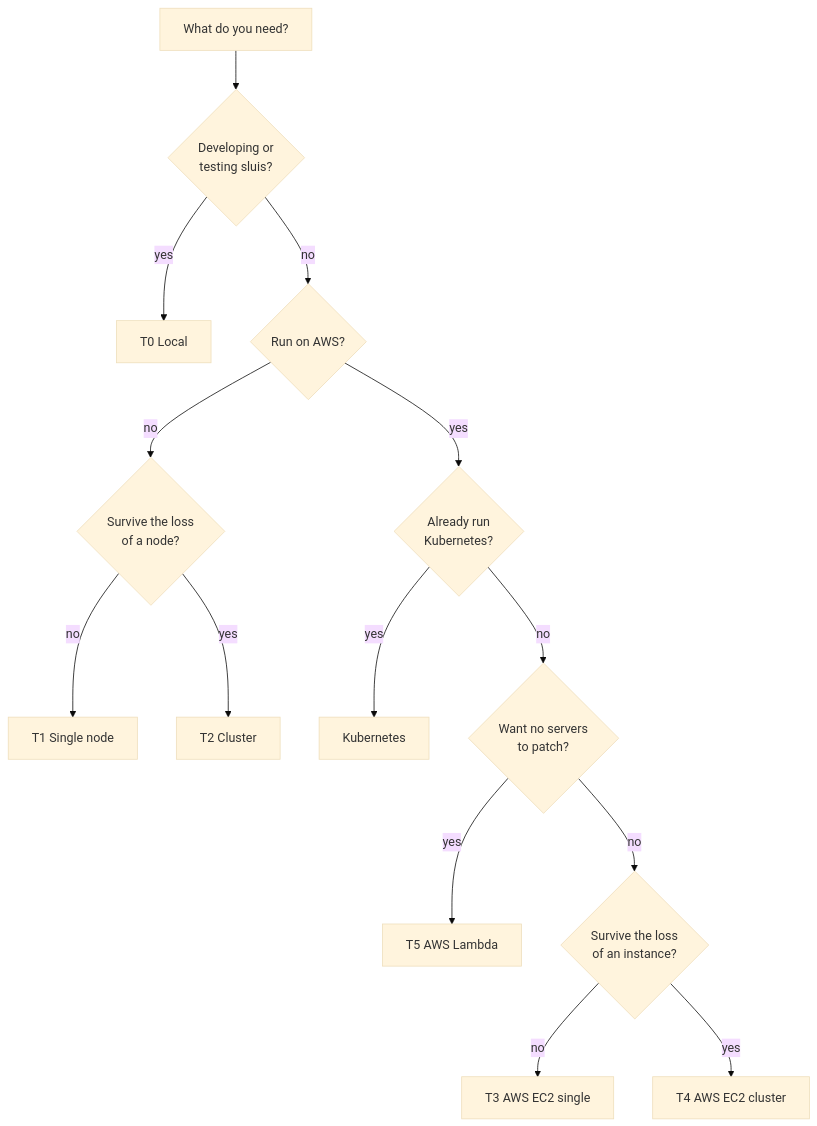
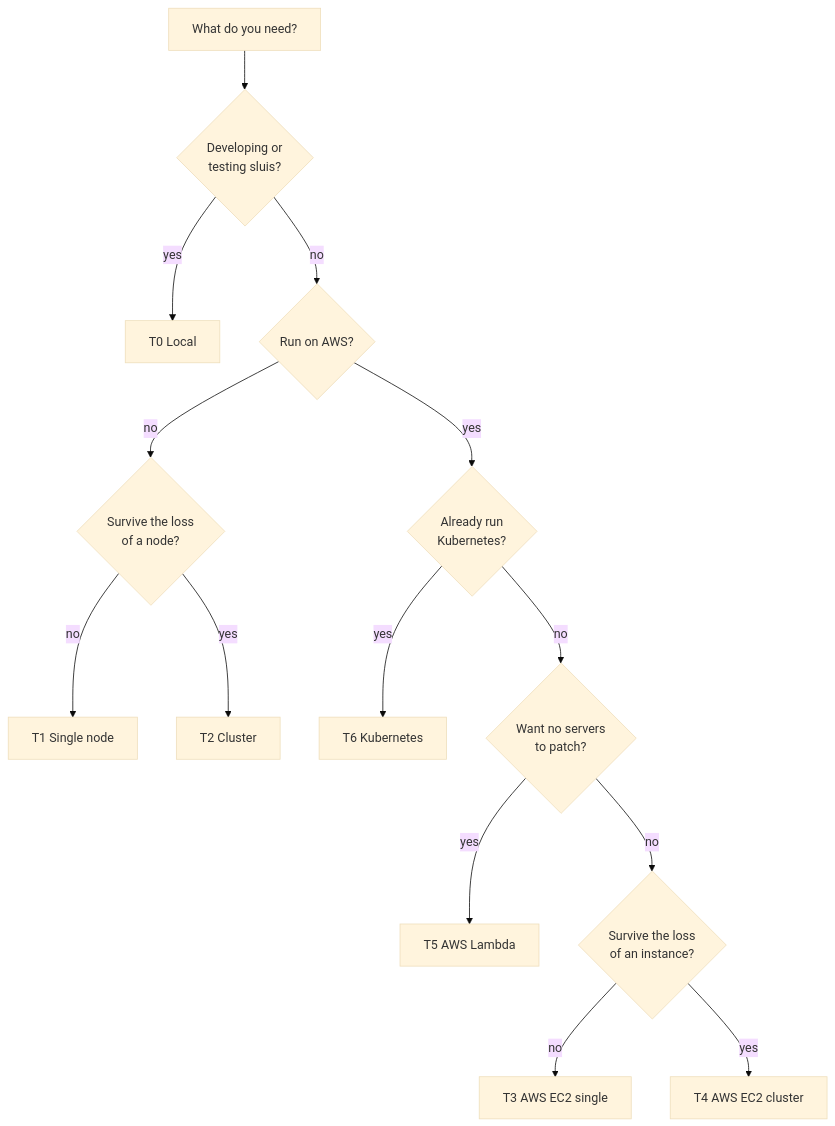
The diagram in docs/shapes/index.md (truvity/sluis), drawn with Mermaid (base theme) before and after one commit. The commit also changed other lines of this file, not shown here.

````diff
--- a/docs/shapes/index.md
+++ b/docs/shapes/index.md
@@ -37,16 +37,16 @@
 ```mermaid
 flowchart TD
   start["What do you need?"] --> dev{"Developing or<br/>testing sluis?"}
   dev -- yes --> t0["T0 Local"]
   dev -- no --> cloud{"Run on AWS?"}
   cloud -- no --> ha1{"Survive the loss<br/>of a node?"}
   ha1 -- no --> t1["T1 Single node"]
   ha1 -- yes --> t2["T2 Cluster"]
   cloud -- yes --> k8s{"Already run<br/>Kubernetes?"}
-  k8s -- yes --> kube["Kubernetes"]
+  k8s -- yes --> kube["T6 Kubernetes"]
   k8s -- no --> ops{"Want no servers<br/>to patch?"}
   ops -- yes --> t5["T5 AWS Lambda"]
   ops -- no --> ha2{"Survive the loss<br/>of an instance?"}
   ha2 -- no --> t3["T3 AWS EC2 single"]
   ha2 -- yes --> t4["T4 AWS EC2 cluster"]
 ```
````
